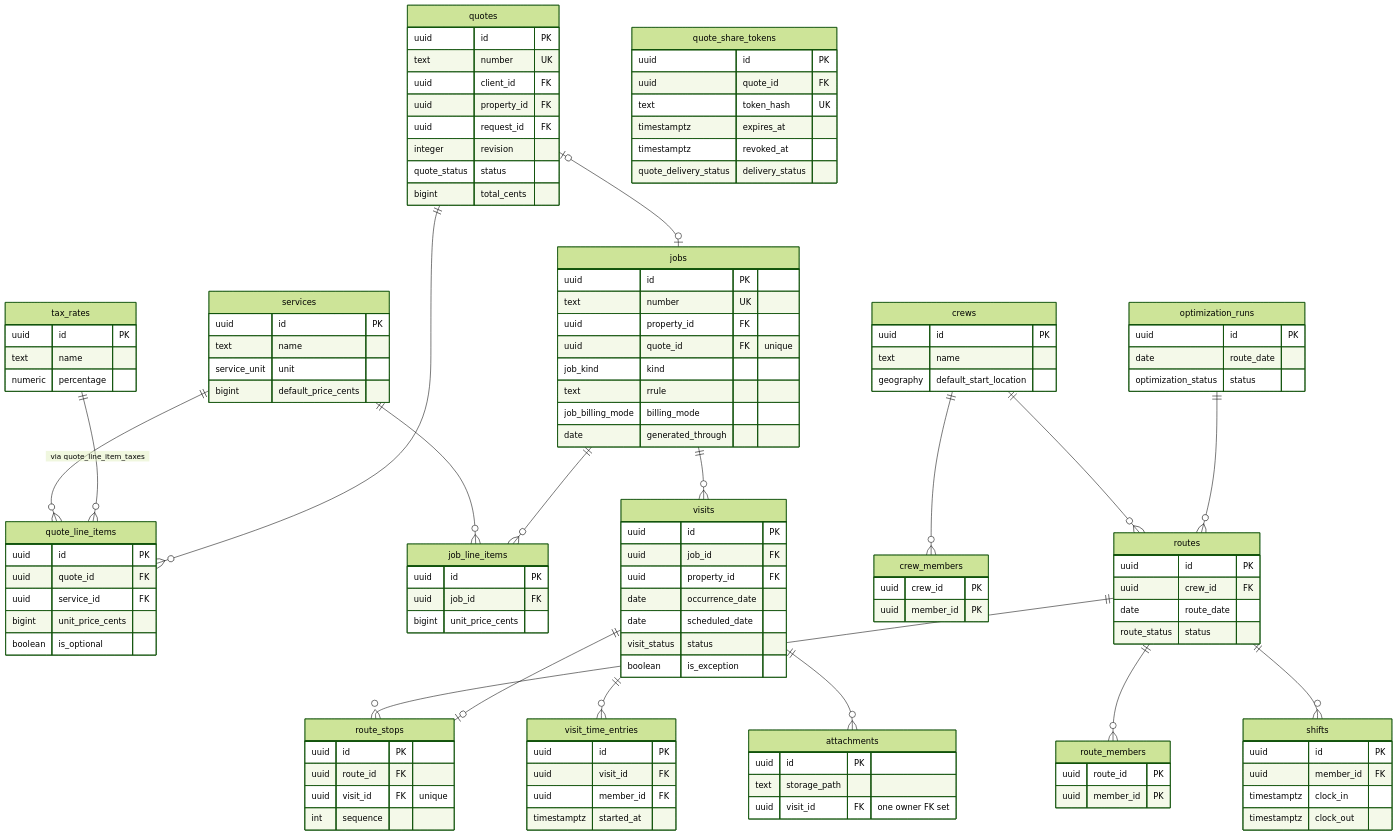
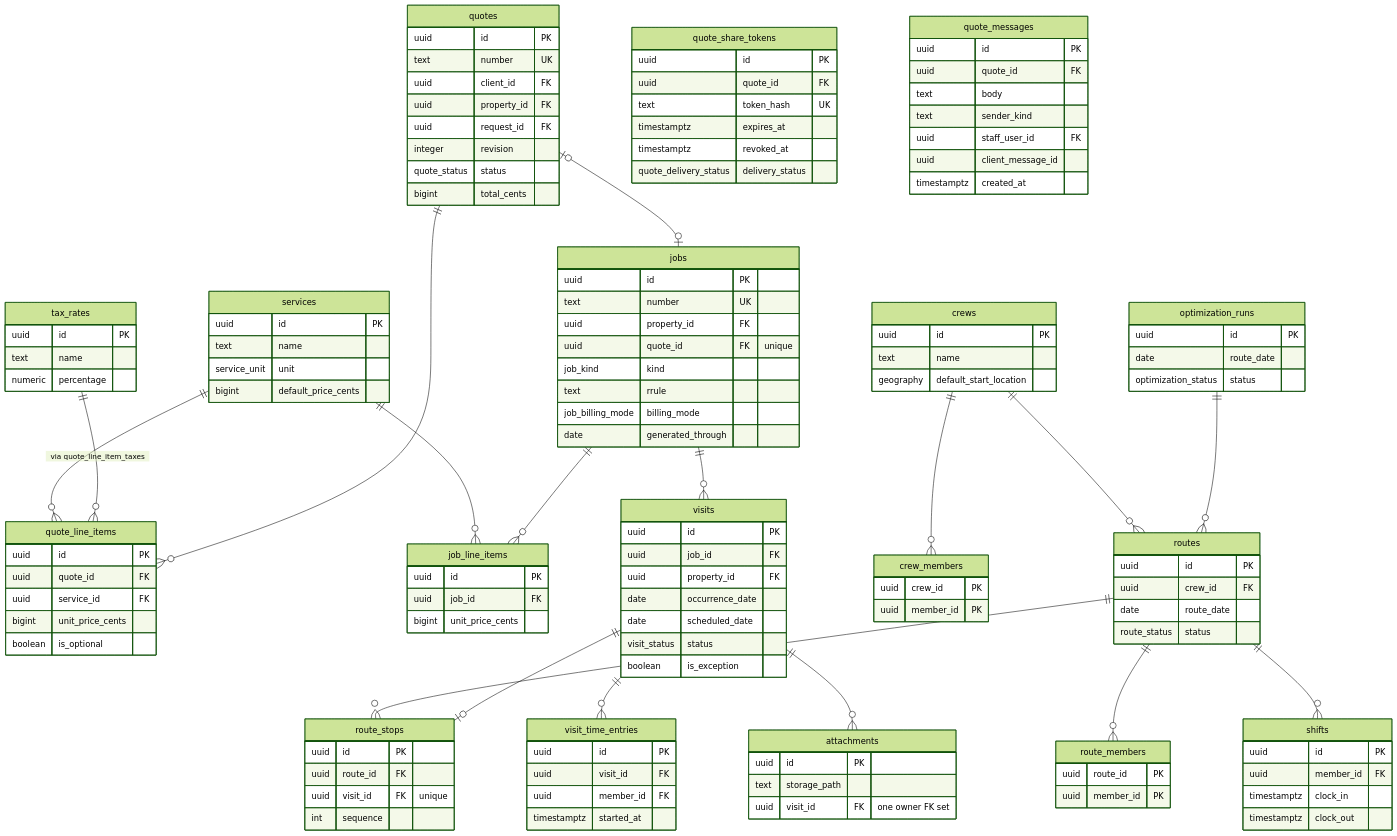
One commit to AbsoluteCRM/CRM changed the third of 4 diagrams in docs/database/erd.md. Above: the diagram before and after it, drawn with Mermaid (forest theme). The commit also changed other lines of this file and 9 other files, not shown here.

Commit message:
Prepare quote conversation schema and verification records

```diff
--- a/docs/database/erd.md
+++ b/docs/database/erd.md
@@ -150,6 +151,15 @@
         timestamptz expires_at
         timestamptz revoked_at
         quote_delivery_status delivery_status
+    }
+    quote_messages {
+        uuid id PK
+        uuid quote_id FK
+        text body
+        text sender_kind
+        uuid staff_user_id FK
+        uuid client_message_id
+        timestamptz created_at
     }
     quote_line_items {
         uuid id PK
```
